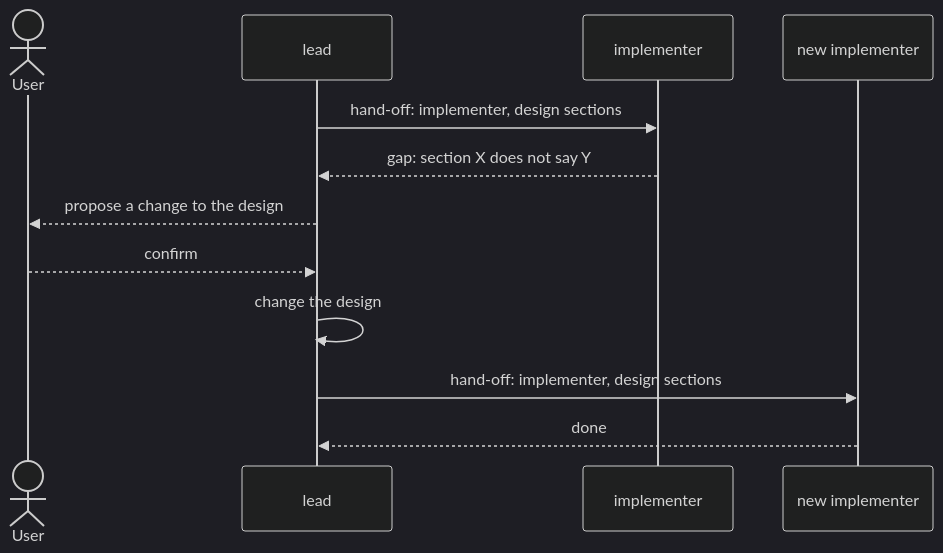
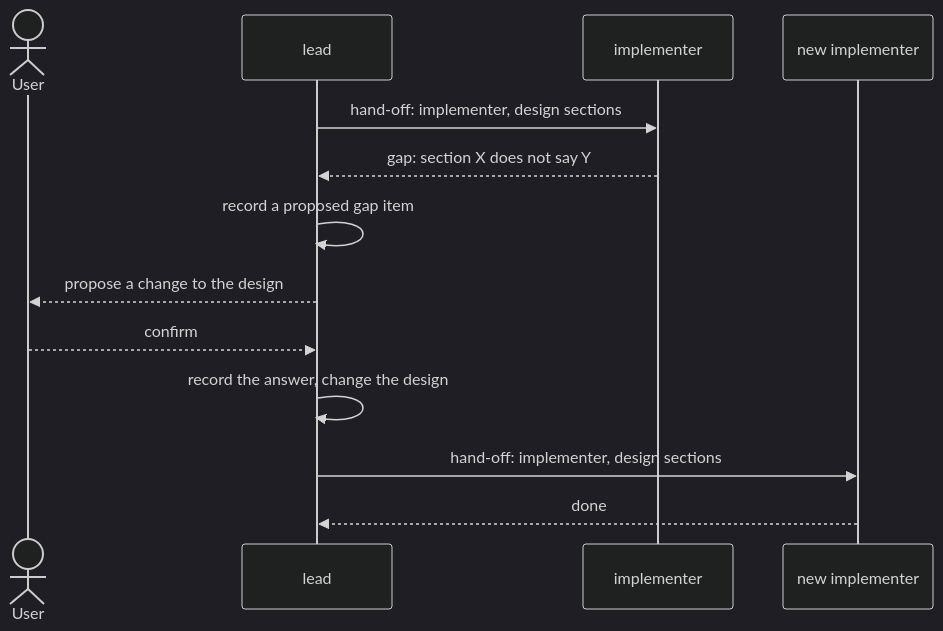
The diagram in docs/design/roles.md (jheun66/plumbline), drawn with Mermaid (dark theme) before and after one commit. The commit also changed other lines of this file and 13 other files, not shown here.

First line of the commit message:
Add M1 design: changes, status, gap guard, and carriers for M1

````diff
--- a/docs/design/roles.md
+++ b/docs/design/roles.md
@@ -57,14 +63,15 @@
 ```mermaid
 sequenceDiagram
   actor U as User
   participant L as lead
   participant I1 as implementer
   participant I2 as new implementer
   L->>I1: hand-off: implementer, design sections
   I1-->>L: gap: section X does not say Y
+  L->>L: record a proposed gap item
   L-->>U: propose a change to the design
   U-->>L: confirm
-  L->>L: change the design
+  L->>L: record the answer, change the design
   L->>I2: hand-off: implementer, design sections
   I2-->>L: done
 ```
````
